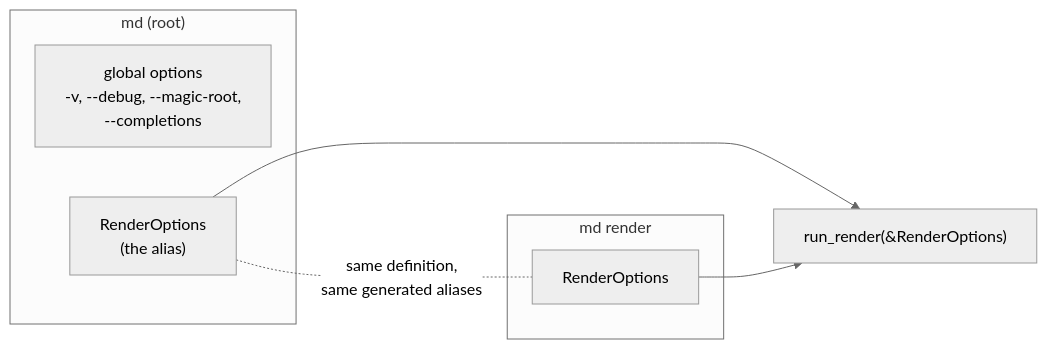
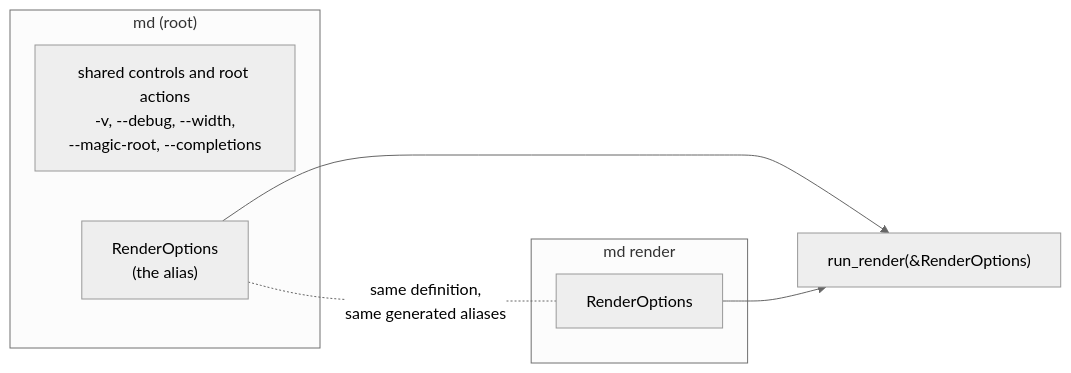
Before and after one commit to yankeeinlondon/rusty-biscuit: the second of 3 diagrams in darkmatter/features/2026-11-05-render-surface/spec.md, drawn with Mermaid (neutral theme). The commit also changed other lines of this file, not shown here.

````diff
--- a/darkmatter/features/2026-11-05-render-surface/spec.md
+++ b/darkmatter/features/2026-11-05-render-surface/spec.md
@@ -278,13 +301,13 @@
 ```mermaid
 flowchart LR
     subgraph Root["md (root)"]
-        G["global options<br/>-v, --debug, --magic-root,<br/>--completions"]
+        G["shared controls and root actions<br/>-v, --debug, --width,<br/>--magic-root, --completions"]
         RA["RenderOptions<br/>(the alias)"]
     end
     subgraph Render["md render"]
         RO["RenderOptions"]
     end
     RA -. "same definition,<br/>same generated aliases" .- RO
     RA --> RUN["run_render(&RenderOptions)"]
     RO --> RUN
 ```
````
